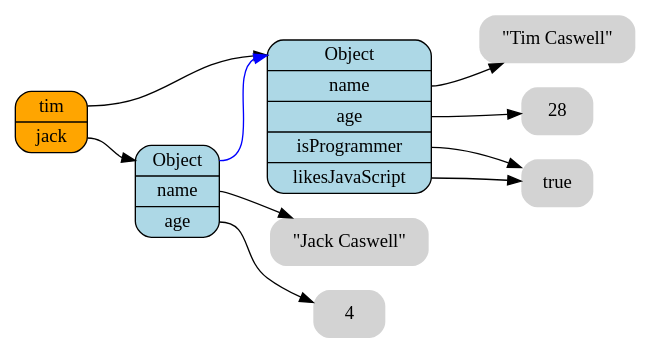
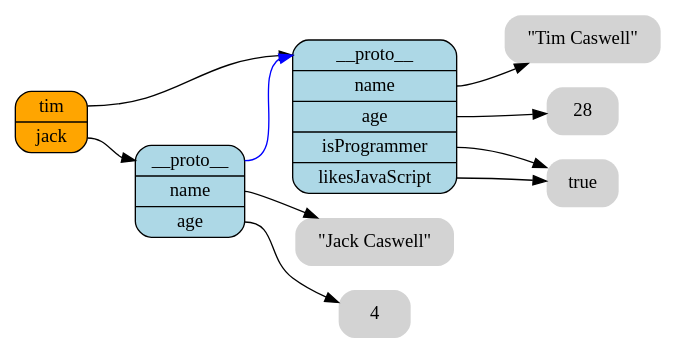
One commit to creationix/howtonode.org changed the diagram in articles/object-graphs/objects.dot. Above: the diagram before and after it, drawn with Graphviz. The commit also changed 1 other file, not shown here.

Commit message:
Minor cleanups to graph article.

```diff
--- a/articles/object-graphs/objects.dot
+++ b/articles/object-graphs/objects.dot
@@ -1,29 +1,29 @@
 digraph finite_state_machine {
 	size="8,5"
 	rankdir = "LR"
 
   /* Functions */
   node [shape = Mrecord, fillcolor=orange, style=filled];
   global [label="<tim>tim|<jack>jack"];
   /* Objects */
   node [shape = Mrecord, fillcolor=lightBlue, style=filled];
-  obj1 [label = "<__proto__>Object|<name>name|<age>age|<isProgrammer>isProgrammer|<likesJavaScript>likesJavaScript"];
-  obj2 [label = "<__proto__>Object|<name>name|<age>age"];
+  obj1 [label = "<__proto__>__proto__|<name>name|<age>age|<isProgrammer>isProgrammer|<likesJavaScript>likesJavaScript"];
+  obj2 [label = "<__proto__>__proto__|<name>name|<age>age"];
   /* Literals */
   node [shape = plaintext, fillcolor=lightGrey, style="filled,rounded"];
   tim [label="\"Tim Caswell\""]
   jack [label="\"Jack Caswell\""]
   true [label="true"]
   n4 [label="4"]
   n28 [label="28"]
   /* Links */
   obj2:__proto__ -> obj1:__proto__ [color=blue];
   global:tim -> obj1:__proto__;
   obj1:name -> tim;
   obj1:age -> n28;
   obj1:isProgrammer -> true;
   obj1:likesJavaScript -> true;
   global:jack -> obj2:__proto__;
   obj2:name -> jack;
   obj2:age -> n4;
 }
```
